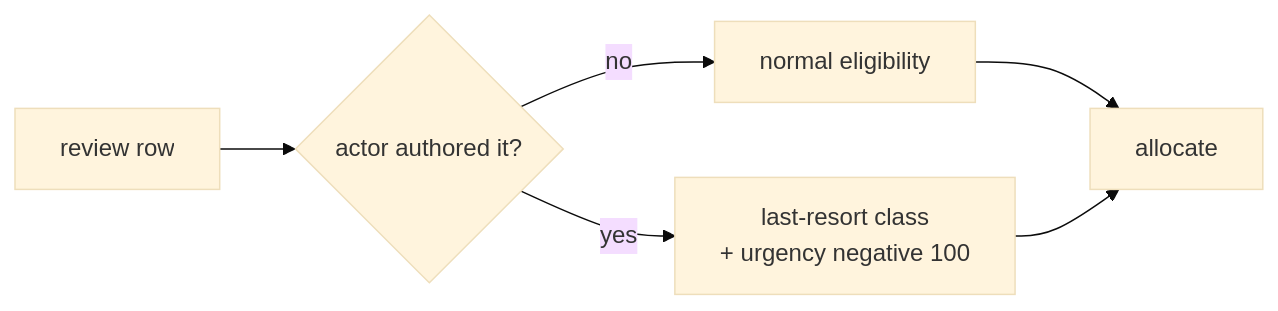
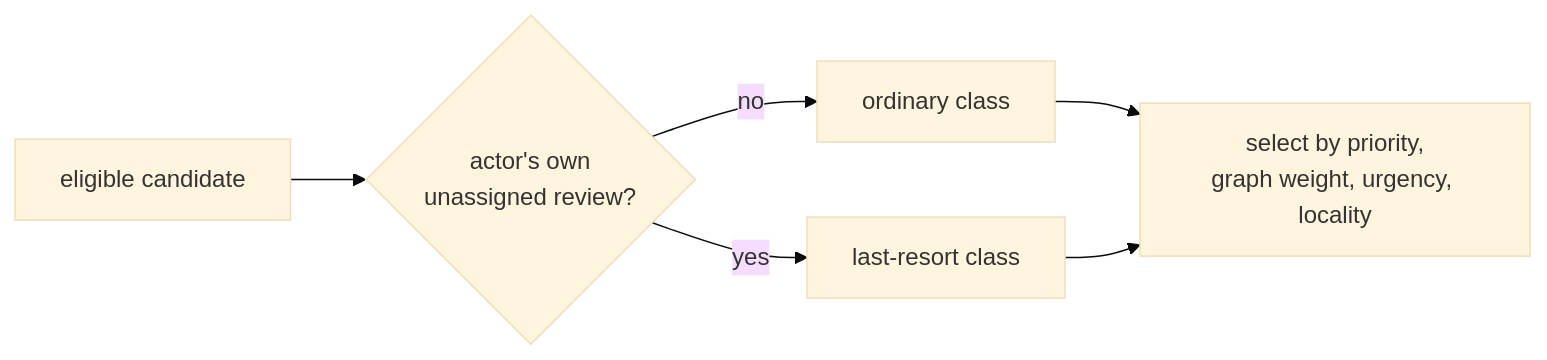
One commit to infimalabs/spice-rust changed the eighth of 25 diagrams in docs/product/value.md. Above: the diagram before and after it, drawn with Mermaid (base theme). The commit also changed other lines of this file and 71 other files, not shown here.

````diff
--- a/docs/product/value.md
+++ b/docs/product/value.md
@@ -146,8 +168,8 @@
 ```mermaid
 flowchart LR
-  R["review row"] --> S{"actor authored it?"}
-  S -- no --> E["normal eligibility"]
-  S -- yes --> L["last-resort class<br/>+ urgency negative 100"]
-  E --> A[allocate]
+  R["eligible candidate"] --> S{"actor's own<br/>unassigned review?"}
+  S -- no --> E["ordinary class"]
+  S -- yes --> L["last-resort class"]
+  E --> A["select by priority,<br/>graph weight, urgency, locality"]
   L --> A
 ```
````
